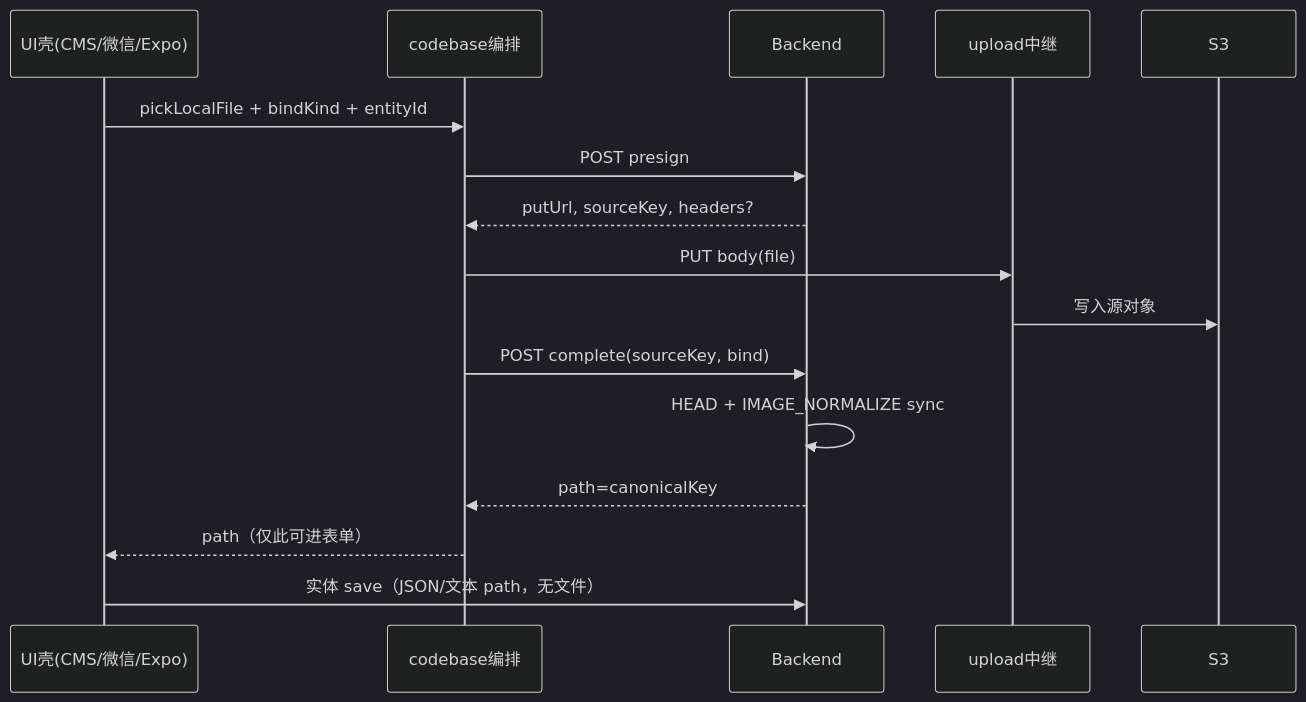
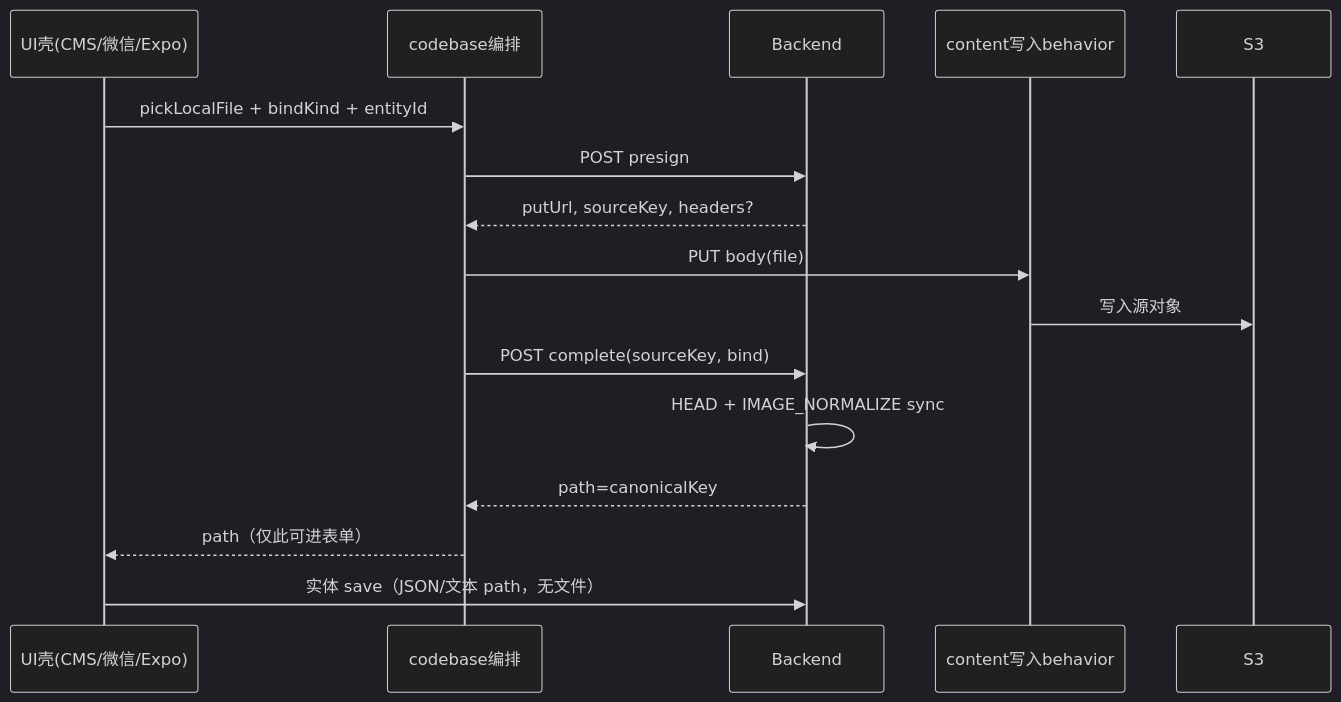
Before and after one commit to lancety/xituan_agent: the diagram in devGuide/catalog-image-direct-upload-standard.md, drawn with Mermaid (dark theme). The commit also changed other lines of this file and 13 other files, not shown here.

````diff
--- a/devGuide/catalog-image-direct-upload-standard.md
+++ b/devGuide/catalog-image-direct-upload-standard.md
@@ -21,19 +22,19 @@
 ```mermaid
 sequenceDiagram
   participant UI as UI壳(CMS/微信/Expo)
   participant Orch as codebase编排
   participant API as Backend
-  participant Up as upload中继
+  participant Up as content写入behavior
   participant S3 as S3
 
   UI->>Orch: pickLocalFile + bindKind + entityId
   Orch->>API: POST presign
   API-->>Orch: putUrl, sourceKey, headers?
   Orch->>Up: PUT body(file)
   Up->>S3: 写入源对象
   Orch->>API: POST complete(sourceKey, bind)
   API->>API: HEAD + IMAGE_NORMALIZE sync
   API-->>Orch: path=canonicalKey
   Orch-->>UI: path（仅此可进表单）
   UI->>API: 实体 save（JSON/文本 path，无文件）
 ```
````
